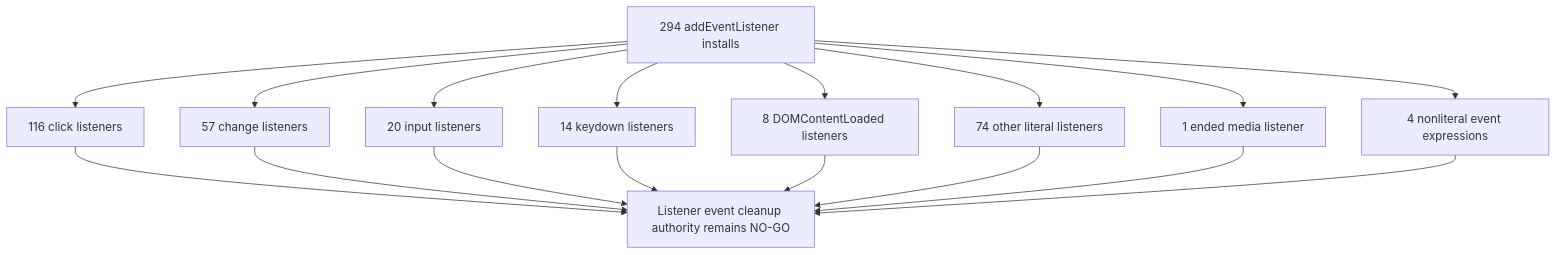
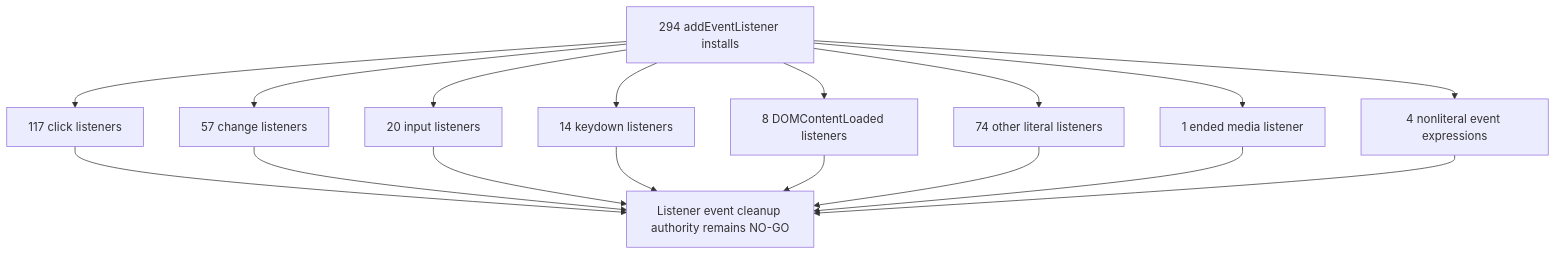
One commit to varshneydevansh/FilterTube changed the third of 47 diagrams in docs/audit/FILTERTUBE_LIFECYCLE_INSTANCE_REGISTER_2026-05-18.md. Above: the diagram before and after it, drawn with Mermaid. The commit also changed other lines of this file and 616 other files, not shown here.

````diff
--- a/docs/audit/FILTERTUBE_LIFECYCLE_INSTANCE_REGISTER_2026-05-18.md
+++ b/docs/audit/FILTERTUBE_LIFECYCLE_INSTANCE_REGISTER_2026-05-18.md
@@ -270,19 +270,19 @@
 ```mermaid
 flowchart TD
-  A["294 addEventListener installs"] --> B["116 click listeners"]
+  A["294 addEventListener installs"] --> B["117 click listeners"]
   A --> C["57 change listeners"]
   A --> D["20 input listeners"]
   A --> E["14 keydown listeners"]
   A --> F["8 DOMContentLoaded listeners"]
   A --> G["74 other literal listeners"]
   A --> H["1 ended media listener"]
   A --> I["4 nonliteral event expressions"]
   B --> J["Listener event cleanup authority remains NO-GO"]
   C --> J
   D --> J
   E --> J
   F --> J
   G --> J
   H --> J
   I --> J
 ```
````
